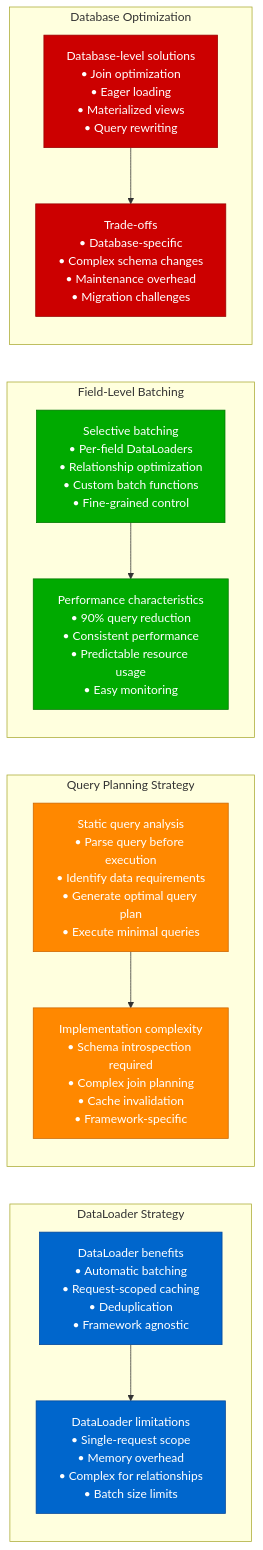
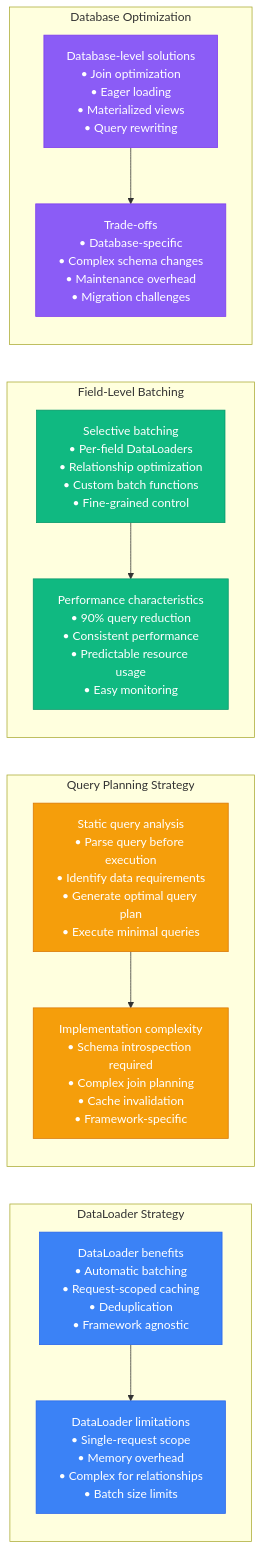
One commit to deepaucksharma/DS changed the fourth of 12 diagrams in site/docs/performance/graphql-performance-profile.md. Above: the diagram before and after it, drawn with Mermaid. The commit also changed other lines of this file and 303 other files, not shown here.

````diff
--- a/site/docs/performance/graphql-performance-profile.md
+++ b/site/docs/performance/graphql-performance-profile.md
@@ -128,44 +128,44 @@
 ```mermaid
 graph LR
     subgraph "DataLoader Strategy"
         DL1[DataLoader benefits<br/>• Automatic batching<br/>• Request-scoped caching<br/>• Deduplication<br/>• Framework agnostic]
 
         DL2[DataLoader limitations<br/>• Single-request scope<br/>• Memory overhead<br/>• Complex for relationships<br/>• Batch size limits]
 
         DL1 --> DL2
     end
 
     subgraph "Query Planning Strategy"
         QP1[Static query analysis<br/>• Parse query before execution<br/>• Identify data requirements<br/>• Generate optimal query plan<br/>• Execute minimal queries]
 
         QP2[Implementation complexity<br/>• Schema introspection required<br/>• Complex join planning<br/>• Cache invalidation<br/>• Framework-specific]
 
         QP1 --> QP2
     end
 
     subgraph "Field-Level Batching"
         FB1[Selective batching<br/>• Per-field DataLoaders<br/>• Relationship optimization<br/>• Custom batch functions<br/>• Fine-grained control]
 
         FB2[Performance characteristics<br/>• 90% query reduction<br/>• Consistent performance<br/>• Predictable resource usage<br/>• Easy monitoring]
 
         FB1 --> FB2
     end
 
     subgraph "Database Optimization"
         DB1[Database-level solutions<br/>• Join optimization<br/>• Eager loading<br/>• Materialized views<br/>• Query rewriting]
 
         DB2[Trade-offs<br/>• Database-specific<br/>• Complex schema changes<br/>• Maintenance overhead<br/>• Migration challenges]
 
         DB1 --> DB2
     end
 
-    classDef dataLoaderStyle fill:#0066CC,stroke:#004499,color:#fff
-    classDef queryPlanStyle fill:#FF8800,stroke:#CC6600,color:#fff
-    classDef fieldBatchStyle fill:#00AA00,stroke:#007700,color:#fff
-    classDef dbOptStyle fill:#CC0000,stroke:#990000,color:#fff
+    classDef dataLoaderStyle fill:#3B82F6,stroke:#2563EB,color:#fff
+    classDef queryPlanStyle fill:#F59E0B,stroke:#D97706,color:#fff
+    classDef fieldBatchStyle fill:#10B981,stroke:#059669,color:#fff
+    classDef dbOptStyle fill:#8B5CF6,stroke:#7C3AED,color:#fff
 
     class DL1,DL2 dataLoaderStyle
     class QP1,QP2 queryPlanStyle
     class FB1,FB2 fieldBatchStyle
     class DB1,DB2 dbOptStyle
 ```
````
